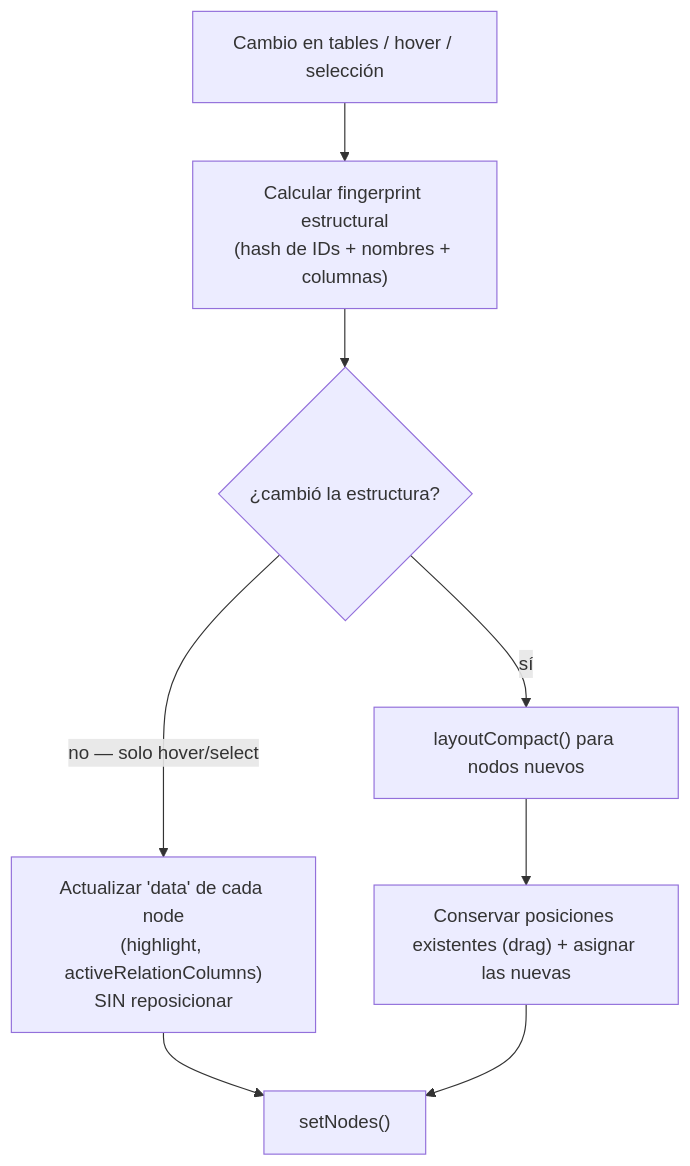
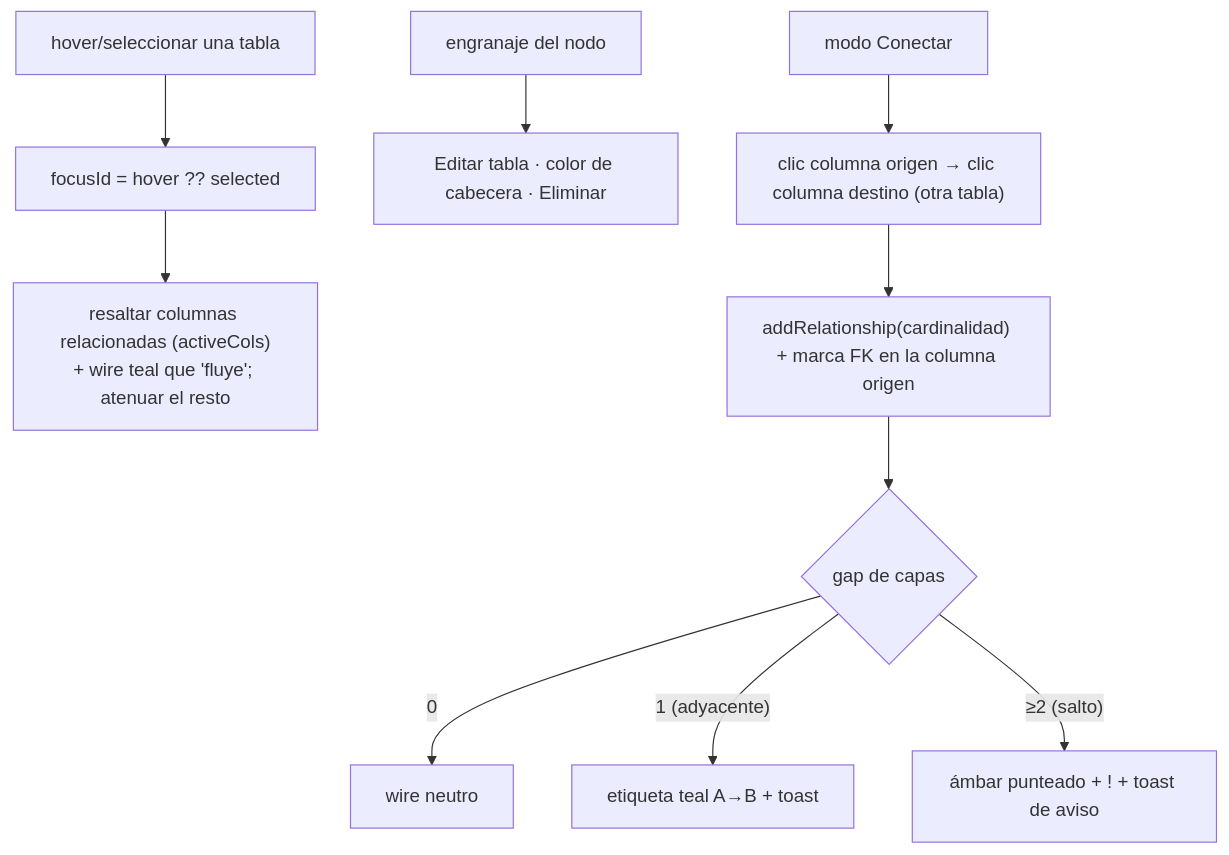
One commit to Carlosmps97/web-data-model-hub changed the fourth of 7 diagrams in doc/data-flow.md. Above: the diagram before and after it, drawn with Mermaid. The commit also changed other lines of this file and 118 other files, not shown here.

````diff
--- a/doc/data-flow.md
+++ b/doc/data-flow.md
@@ -239,10 +105,12 @@
 ```mermaid
 flowchart TD
-    A["Cambio en tables / hover / selección"] --> B["Calcular fingerprint estructural<br/>(hash de IDs + nombres + columnas)"]
-    B --> C{"¿cambió la estructura?"}
-    C -->|"no — solo hover/select"| D["Actualizar 'data' de cada node<br/>(highlight, activeRelationColumns)<br/>SIN reposicionar"]
-    C -->|"sí"| E["layoutCompact() para nodos nuevos"]
-    E --> F["Conservar posiciones existentes (drag) + asignar las nuevas"]
-    D --> G["setNodes()"]
-    F --> G
+    H["hover/seleccionar una tabla"] --> F["focusId = hover ?? selected"]
+    F --> R["resaltar columnas relacionadas (activeCols)<br/>+ wire teal que 'fluye'; atenuar el resto"]
+    G["engranaje del nodo"] --> GM["Editar tabla · color de cabecera · Eliminar"]
+    C["modo Conectar"] --> C1["clic columna origen → clic columna destino (otra tabla)"]
+    C1 --> C2["addRelationship(cardinalidad) + marca FK en la columna origen"]
+    C2 --> CL{"gap de capas"}
+    CL -->|"0"| OK["wire neutro"]
+    CL -->|"1 (adyacente)"| TEAL["etiqueta teal A→B + toast"]
+    CL -->|"≥2 (salto)"| WARN["ámbar punteado + ! + toast de aviso"]
 ```
````
